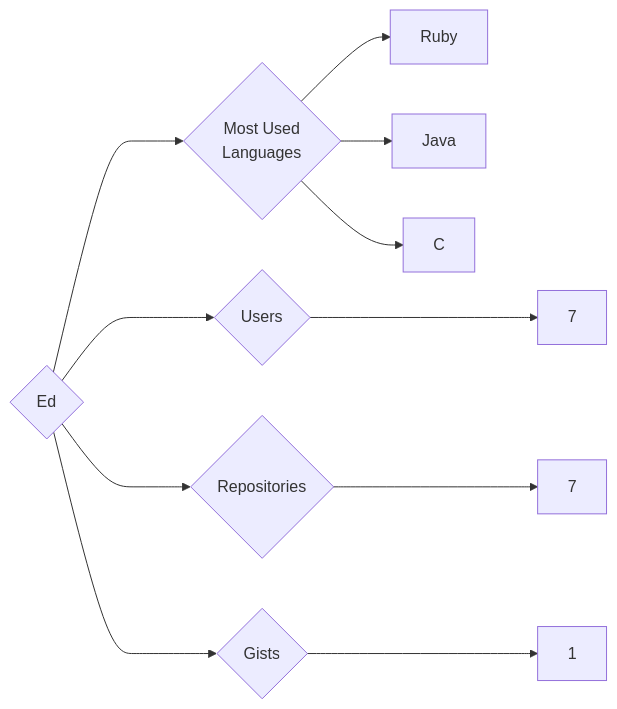
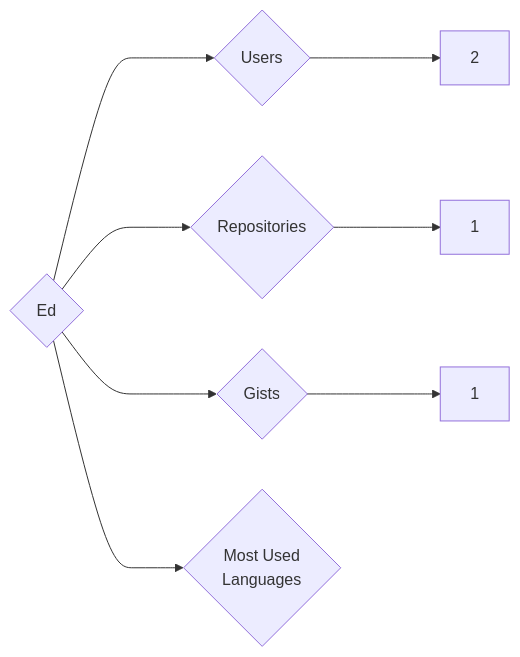
Before and after one commit to trickest/insiders: the diagram in targets/Ed/README.md, drawn with Mermaid. The commit also changed 840 other files, not shown here.

````diff
--- a/targets/Ed/README.md
+++ b/targets/Ed/README.md
@@ -3,11 +3,8 @@
 ```mermaid
 graph LR
 COMPANY_NAME{Ed}
-COMPANY_NAME ---> U{Users} ---> UN[7]
-COMPANY_NAME ---> R{Repositories} ---> RN[7]
+COMPANY_NAME ---> U{Users} ---> UN[2]
+COMPANY_NAME ---> R{Repositories} ---> RN[1]
 COMPANY_NAME ---> G{Gists} ---> GN[1]
 COMPANY_NAME ---> ML{Most Used<br>Languages}
-ML --> Ruby[Ruby]
-ML --> Java[Java]
-ML --> C[C]
 ```
````
